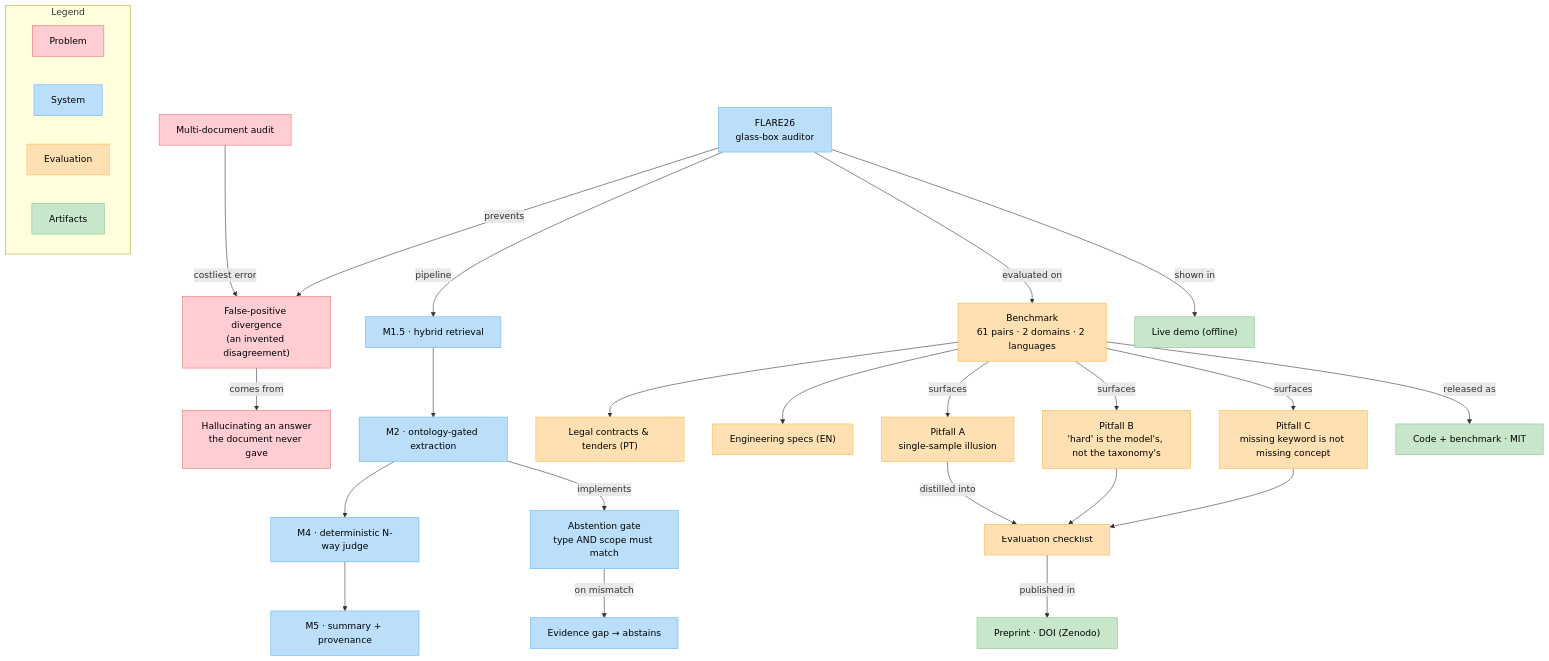
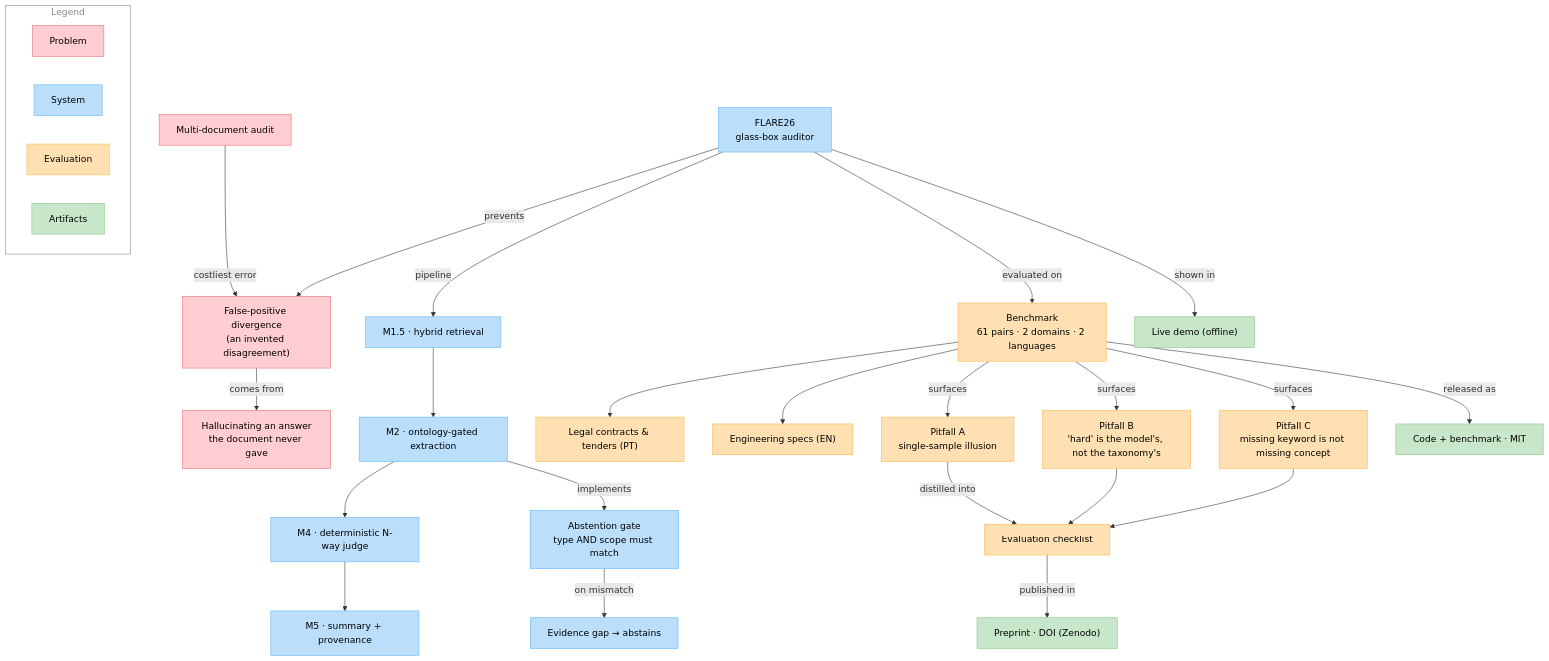
One commit to marcospaula/FLARE26-P1 changed the first of 3 diagrams in README.md. Above: the diagram before and after it, drawn with Mermaid.

Commit message:
docs(readme): legenda do grafo neutra p/ dark mode (fundo transparente)
A caixa 'Legend' dependia do tema do Mermaid (fundo/borda variavam no dark).
Agora 'style LEGEND fill:transparent,stroke:#888' — herda o fundo da página e
usa borda cinza visível em light e dark. Os chips já eram theme-independent
(fill claro + texto preto forçado).

````diff
--- a/README.md
+++ b/README.md
@@ -30,44 +30,47 @@
 ```mermaid
 graph TD
     AUD["Multi-document audit"] -->|costliest error| FPD["False-positive divergence<br/>(an invented disagreement)"]
     FPD -->|comes from| HALL["Hallucinating an answer<br/>the document never gave"]
 
     SYS["FLARE26<br/>glass-box auditor"] -->|prevents| FPD
     SYS -->|pipeline| M15["M1.5 · hybrid retrieval"]
     M15 --> M2["M2 · ontology-gated extraction"]
     M2 --> M4["M4 · deterministic N-way judge"]
     M4 --> M5["M5 · summary + provenance"]
     M2 -->|implements| GATE["Abstention gate<br/>type AND scope must match"]
     GATE -->|on mismatch| GAP["Evidence gap → abstains"]
 
     SYS -->|evaluated on| BENCH["Benchmark<br/>61 pairs · 2 domains · 2 languages"]
     BENCH --> LEGAL["Legal contracts &amp; tenders (PT)"]
     BENCH --> ENG["Engineering specs (EN)"]
     BENCH -->|surfaces| PA["Pitfall A<br/>single-sample illusion"]
     BENCH -->|surfaces| PB["Pitfall B<br/>'hard' is the model's, not the taxonomy's"]
     BENCH -->|surfaces| PC["Pitfall C<br/>missing keyword is not missing concept"]
     PA -->|distilled into| CHK["Evaluation checklist"]
     PB --> CHK
     PC --> CHK
 
     CHK -->|published in| PAPER["Preprint · DOI (Zenodo)"]
     BENCH -->|released as| CODE["Code + benchmark · MIT"]
     SYS -->|shown in| DEMO["Live demo (offline)"]
 
     subgraph LEGEND["Legend"]
         direction LR
         L1["Problem"]:::problem
         L2["System"]:::system
         L3["Evaluation"]:::eval
         L4["Artifacts"]:::artifact
     end
 
     classDef problem fill:#ffcdd2,stroke:#e57373,color:#000;
     classDef system fill:#bbdefb,stroke:#64b5f6,color:#000;
     classDef eval fill:#ffe0b2,stroke:#ffb74d,color:#000;
     classDef artifact fill:#c8e6c9,stroke:#81c784,color:#000;
     class AUD,FPD,HALL problem;
     class SYS,M15,M2,M4,M5,GATE,GAP system;
     class BENCH,LEGAL,ENG,PA,PB,PC,CHK eval;
     class PAPER,CODE,DEMO artifact;
+
+    %% legenda neutra (transparente + borda cinza) p/ funcionar em light e dark mode
+    style LEGEND fill:transparent,stroke:#888888,stroke-width:1px,color:#888888
 ```
````
